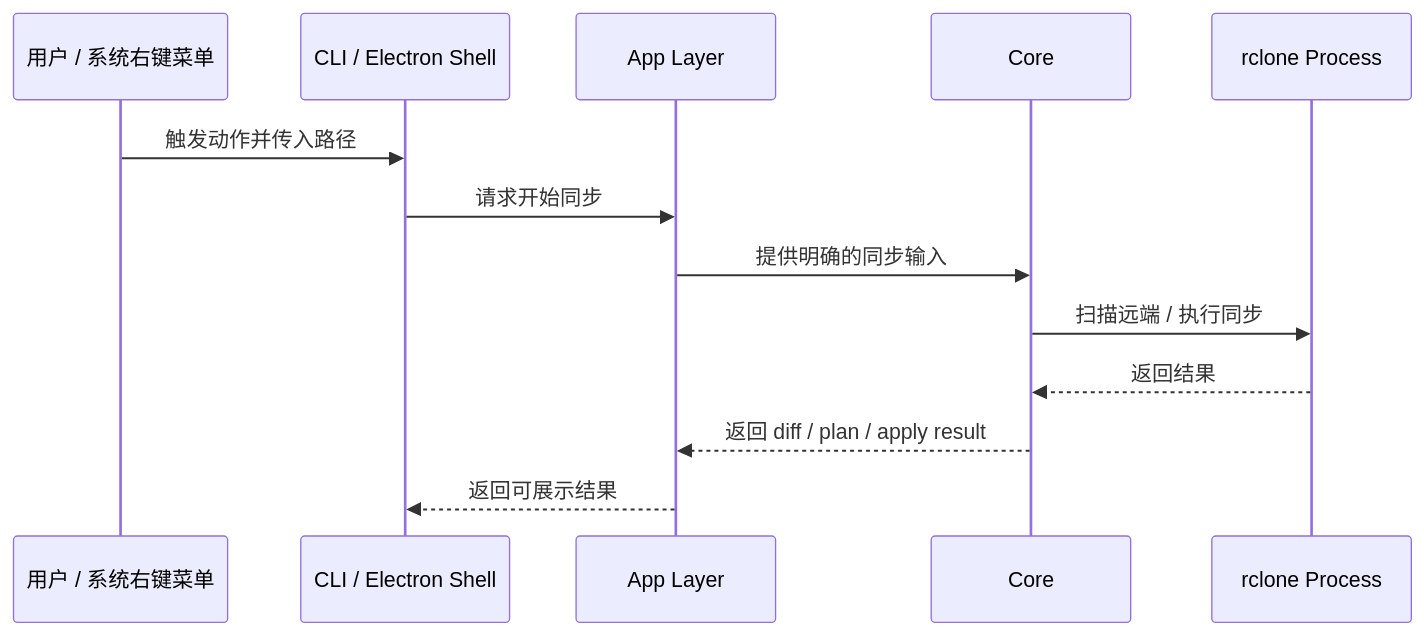
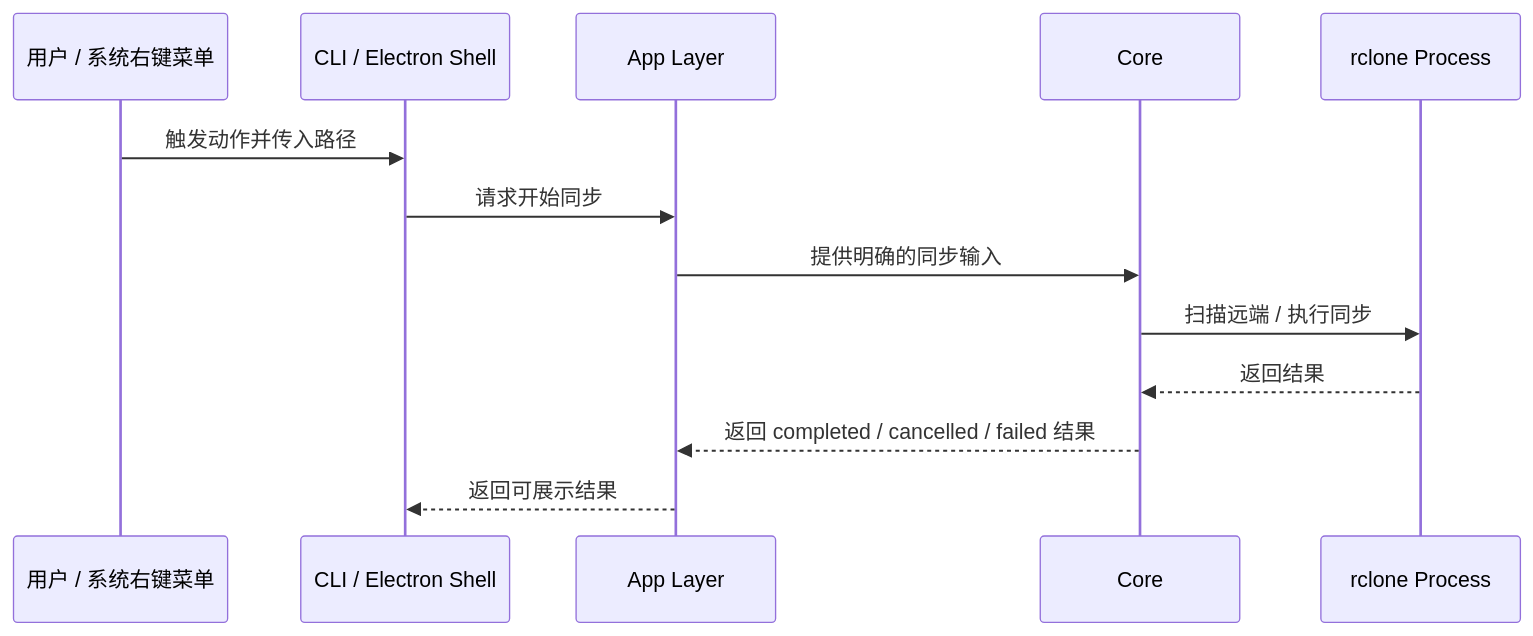
Before and after one commit to agalloch21/sync-with-rclone: the first of 3 diagrams in docs/Architecture.md, drawn with Mermaid. The commit also changed other lines of this file and 2 other files, not shown here.

````diff
--- a/docs/Architecture.md
+++ b/docs/Architecture.md
@@ -13,16 +13,16 @@
 ```mermaid
 sequenceDiagram
   participant U as 用户 / 系统右键菜单
   participant S as CLI / Electron Shell
   participant A as App Layer
   participant C as Core
   participant RC as rclone Process
 
   U->>S: 触发动作并传入路径
   S->>A: 请求开始同步
   A->>C: 提供明确的同步输入
   C->>RC: 扫描远端 / 执行同步
   RC-->>C: 返回结果
-  C-->>A: 返回 diff / plan / apply result
+  C-->>A: 返回 completed / cancelled / failed 结果
   A-->>S: 返回可展示结果
 ```
````
